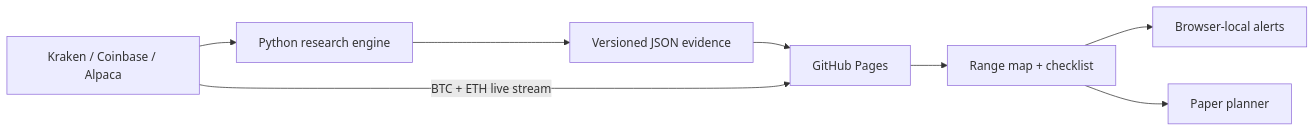
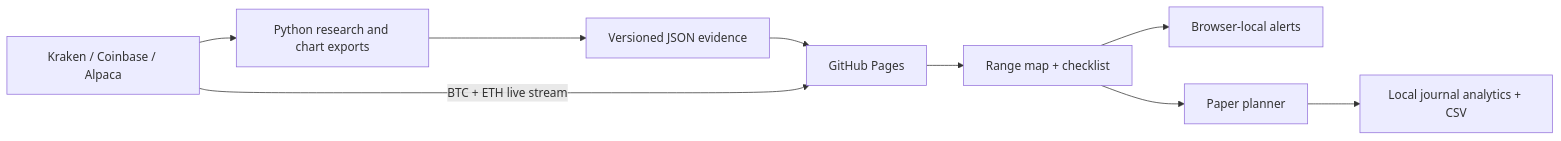
Before and after one commit to WilliamAlexanderWilson/daily-levels: the diagram in README.md, drawn with Mermaid. The commit also changed other lines of this file and 23 other files, not shown here.

Commit message:
Add QQQ NVDA charts and journal analytics

````diff
--- a/README.md
+++ b/README.md
@@ -67,10 +69,11 @@
 ```mermaid
 flowchart LR
-    A[Kraken / Coinbase / Alpaca] --> B[Python research engine]
+    A[Kraken / Coinbase / Alpaca] --> B[Python research and chart exports]
     B --> C[Versioned JSON evidence]
     C --> D[GitHub Pages]
     A -->|BTC + ETH live stream| D
     D --> E[Range map + checklist]
     E --> F[Browser-local alerts]
     E --> G[Paper planner]
+    G --> H[Local journal analytics + CSV]
 ```
````
